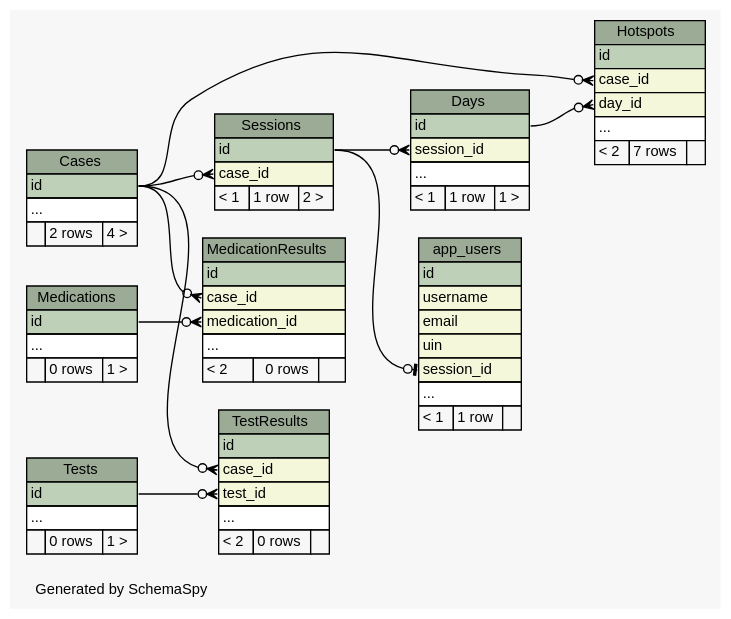
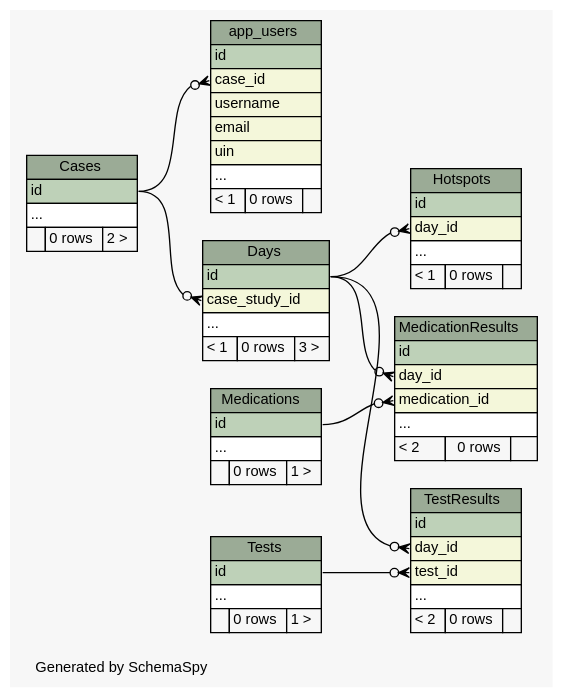
One commit to carrel2/CaseStudies changed the diagram in web/files/schema/diagrams/summary/relationships.real.compact.dot. Above: the diagram before and after it, drawn with Graphviz. The commit also changed 88 other files, not shown here.

```diff
--- a/web/files/schema/diagrams/summary/relationships.real.compact.dot
+++ b/web/files/schema/diagrams/summary/relationships.real.compact.dot
@@ -1,141 +1,127 @@
-// dot 2.38.0 on Linux 4.4.0-59-generic
+// dot 2.38.0 on Linux 4.4.0-62-generic
 // SchemaSpy rev 590
 digraph "compactRelationshipsDiagram" {
   graph [
     rankdir="RL"
     bgcolor="#f7f7f7"
     label="\nGenerated by SchemaSpy"
     labeljust="l"
     nodesep="0.18"
     ranksep="0.46"
     fontname="Helvetica"
     fontsize="11"
   ];
   node [
     fontname="Helvetica"
     fontsize="11"
     shape="plaintext"
   ];
   edge [
     arrowsize="0.8"
   ];
   "app_users" [
     label=<
     <TABLE BORDER="0" CELLBORDER="1" CELLSPACING="0" BGCOLOR="#ffffff">
       <TR><TD COLSPAN="3" BGCOLOR="#9bab96" ALIGN="CENTER">app_users</TD></TR>
       <TR><TD PORT="id" COLSPAN="3" BGCOLOR="#bed1b8" ALIGN="LEFT">id</TD></TR>
+      <TR><TD PORT="case_id" COLSPAN="3" BGCOLOR="#f4f7da" ALIGN="LEFT">case_id</TD></TR>
       <TR><TD PORT="username" COLSPAN="3" BGCOLOR="#f4f7da" ALIGN="LEFT">username</TD></TR>
       <TR><TD PORT="email" COLSPAN="3" BGCOLOR="#f4f7da" ALIGN="LEFT">email</TD></TR>
       <TR><TD PORT="uin" COLSPAN="3" BGCOLOR="#f4f7da" ALIGN="LEFT">uin</TD></TR>
-      <TR><TD PORT="session_id" COLSPAN="3" BGCOLOR="#f4f7da" ALIGN="LEFT">session_id</TD></TR>
       <TR><TD PORT="elipses" COLSPAN="3" ALIGN="LEFT">...</TD></TR>
-      <TR><TD ALIGN="LEFT" BGCOLOR="#f7f7f7">&lt; 1</TD><TD ALIGN="RIGHT" BGCOLOR="#f7f7f7">1 row</TD><TD ALIGN="RIGHT" BGCOLOR="#f7f7f7">  </TD></TR>
+      <TR><TD ALIGN="LEFT" BGCOLOR="#f7f7f7">&lt; 1</TD><TD ALIGN="RIGHT" BGCOLOR="#f7f7f7">0 rows</TD><TD ALIGN="RIGHT" BGCOLOR="#f7f7f7">  </TD></TR>
     </TABLE>>
     URL="tables/app_users.html"
     tooltip="app_users"
   ];
   "Cases" [
     label=<
     <TABLE BORDER="0" CELLBORDER="1" CELLSPACING="0" BGCOLOR="#ffffff">
       <TR><TD COLSPAN="3" BGCOLOR="#9bab96" ALIGN="CENTER">Cases</TD></TR>
       <TR><TD PORT="id" COLSPAN="3" BGCOLOR="#bed1b8" ALIGN="LEFT">id</TD></TR>
       <TR><TD PORT="elipses" COLSPAN="3" ALIGN="LEFT">...</TD></TR>
-      <TR><TD ALIGN="LEFT" BGCOLOR="#f7f7f7">  </TD><TD ALIGN="RIGHT" BGCOLOR="#f7f7f7">2 rows</TD><TD ALIGN="RIGHT" BGCOLOR="#f7f7f7">4 &gt;</TD></TR>
+      <TR><TD ALIGN="LEFT" BGCOLOR="#f7f7f7">  </TD><TD ALIGN="RIGHT" BGCOLOR="#f7f7f7">0 rows</TD><TD ALIGN="RIGHT" BGCOLOR="#f7f7f7">2 &gt;</TD></TR>
     </TABLE>>
     URL="tables/Cases.html"
     tooltip="Cases"
   ];
   "Days" [
     label=<
     <TABLE BORDER="0" CELLBORDER="1" CELLSPACING="0" BGCOLOR="#ffffff">
       <TR><TD COLSPAN="3" BGCOLOR="#9bab96" ALIGN="CENTER">Days</TD></TR>
       <TR><TD PORT="id" COLSPAN="3" BGCOLOR="#bed1b8" ALIGN="LEFT">id</TD></TR>
-      <TR><TD PORT="session_id" COLSPAN="3" BGCOLOR="#f4f7da" ALIGN="LEFT">session_id</TD></TR>
+      <TR><TD PORT="case_study_id" COLSPAN="3" BGCOLOR="#f4f7da" ALIGN="LEFT">case_study_id</TD></TR>
       <TR><TD PORT="elipses" COLSPAN="3" ALIGN="LEFT">...</TD></TR>
-      <TR><TD ALIGN="LEFT" BGCOLOR="#f7f7f7">&lt; 1</TD><TD ALIGN="RIGHT" BGCOLOR="#f7f7f7">1 row</TD><TD ALIGN="RIGHT" BGCOLOR="#f7f7f7">1 &gt;</TD></TR>
+      <TR><TD ALIGN="LEFT" BGCOLOR="#f7f7f7">&lt; 1</TD><TD ALIGN="RIGHT" BGCOLOR="#f7f7f7">0 rows</TD><TD ALIGN="RIGHT" BGCOLOR="#f7f7f7">3 &gt;</TD></TR>
     </TABLE>>
     URL="tables/Days.html"
     tooltip="Days"
   ];
   "Hotspots" [
     label=<
     <TABLE BORDER="0" CELLBORDER="1" CELLSPACING="0" BGCOLOR="#ffffff">
       <TR><TD COLSPAN="3" BGCOLOR="#9bab96" ALIGN="CENTER">Hotspots</TD></TR>
       <TR><TD PORT="id" COLSPAN="3" BGCOLOR="#bed1b8" ALIGN="LEFT">id</TD></TR>
-      <TR><TD PORT="case_id" COLSPAN="3" BGCOLOR="#f4f7da" ALIGN="LEFT">case_id</TD></TR>
       <TR><TD PORT="day_id" COLSPAN="3" BGCOLOR="#f4f7da" ALIGN="LEFT">day_id</TD></TR>
       <TR><TD PORT="elipses" COLSPAN="3" ALIGN="LEFT">...</TD></TR>
-      <TR><TD ALIGN="LEFT" BGCOLOR="#f7f7f7">&lt; 2</TD><TD ALIGN="RIGHT" BGCOLOR="#f7f7f7">7 rows</TD><TD ALIGN="RIGHT" BGCOLOR="#f7f7f7">  </TD></TR>
+      <TR><TD ALIGN="LEFT" BGCOLOR="#f7f7f7">&lt; 1</TD><TD ALIGN="RIGHT" BGCOLOR="#f7f7f7">0 rows</TD><TD ALIGN="RIGHT" BGCOLOR="#f7f7f7">  </TD></TR>
     </TABLE>>
     URL="tables/Hotspots.html"
     tooltip="Hotspots"
   ];
   "MedicationResults" [
     label=<
     <TABLE BORDER="0" CELLBORDER="1" CELLSPACING="0" BGCOLOR="#ffffff">
       <TR><TD COLSPAN="3" BGCOLOR="#9bab96" ALIGN="CENTER">MedicationResults</TD></TR>
       <TR><TD PORT="id" COLSPAN="3" BGCOLOR="#bed1b8" ALIGN="LEFT">id</TD></TR>
-      <TR><TD PORT="case_id" COLSPAN="3" BGCOLOR="#f4f7da" ALIGN="LEFT">case_id</TD></TR>
+      <TR><TD PORT="day_id" COLSPAN="3" BGCOLOR="#f4f7da" ALIGN="LEFT">day_id</TD></TR>
       <TR><TD PORT="medication_id" COLSPAN="3" BGCOLOR="#f4f7da" ALIGN="LEFT">medication_id</TD></TR>
       <TR><TD PORT="elipses" COLSPAN="3" ALIGN="LEFT">...</TD></TR>
       <TR><TD ALIGN="LEFT" BGCOLOR="#f7f7f7">&lt; 2</TD><TD ALIGN="RIGHT" BGCOLOR="#f7f7f7">0 rows</TD><TD ALIGN="RIGHT" BGCOLOR="#f7f7f7">  </TD></TR>
     </TABLE>>
     URL="tables/MedicationResults.html"
     tooltip="MedicationResults"
   ];
   "Medications" [
     label=<
     <TABLE BORDER="0" CELLBORDER="1" CELLSPACING="0" BGCOLOR="#ffffff">
       <TR><TD COLSPAN="3" BGCOLOR="#9bab96" ALIGN="CENTER">Medications</TD></TR>
       <TR><TD PORT="id" COLSPAN="3" BGCOLOR="#bed1b8" ALIGN="LEFT">id</TD></TR>
       <TR><TD PORT="elipses" COLSPAN="3" ALIGN="LEFT">...</TD></TR>
       <TR><TD ALIGN="LEFT" BGCOLOR="#f7f7f7">  </TD><TD ALIGN="RIGHT" BGCOLOR="#f7f7f7">0 rows</TD><TD ALIGN="RIGHT" BGCOLOR="#f7f7f7">1 &gt;</TD></TR>
     </TABLE>>
     URL="tables/Medications.html"
     tooltip="Medications"
   ];
-  "Sessions" [
-    label=<
-    <TABLE BORDER="0" CELLBORDER="1" CELLSPACING="0" BGCOLOR="#ffffff">
-      <TR><TD COLSPAN="3" BGCOLOR="#9bab96" ALIGN="CENTER">Sessions</TD></TR>
-      <TR><TD PORT="id" COLSPAN="3" BGCOLOR="#bed1b8" ALIGN="LEFT">id</TD></TR>
-      <TR><TD PORT="case_id" COLSPAN="3" BGCOLOR="#f4f7da" ALIGN="LEFT">case_id</TD></TR>
-      <TR><TD ALIGN="LEFT" BGCOLOR="#f7f7f7">&lt; 1</TD><TD ALIGN="RIGHT" BGCOLOR="#f7f7f7">1 row</TD><TD ALIGN="RIGHT" BGCOLOR="#f7f7f7">2 &gt;</TD></TR>
-    </TABLE>>
-    URL="tables/Sessions.html"
-    tooltip="Sessions"
-  ];
   "TestResults" [
     label=<
     <TABLE BORDER="0" CELLBORDER="1" CELLSPACING="0" BGCOLOR="#ffffff">
       <TR><TD COLSPAN="3" BGCOLOR="#9bab96" ALIGN="CENTER">TestResults</TD></TR>
       <TR><TD PORT="id" COLSPAN="3" BGCOLOR="#bed1b8" ALIGN="LEFT">id</TD></TR>
-      <TR><TD PORT="case_id" COLSPAN="3" BGCOLOR="#f4f7da" ALIGN="LEFT">case_id</TD></TR>
+      <TR><TD PORT="day_id" COLSPAN="3" BGCOLOR="#f4f7da" ALIGN="LEFT">day_id</TD></TR>
       <TR><TD PORT="test_id" COLSPAN="3" BGCOLOR="#f4f7da" ALIGN="LEFT">test_id</TD></TR>
       <TR><TD PORT="elipses" COLSPAN="3" ALIGN="LEFT">...</TD></TR>
       <TR><TD ALIGN="LEFT" BGCOLOR="#f7f7f7">&lt; 2</TD><TD ALIGN="RIGHT" BGCOLOR="#f7f7f7">0 rows</TD><TD ALIGN="RIGHT" BGCOLOR="#f7f7f7">  </TD></TR>
     </TABLE>>
     URL="tables/TestResults.html"
     tooltip="TestResults"
   ];
   "Tests" [
     label=<
     <TABLE BORDER="0" CELLBORDER="1" CELLSPACING="0" BGCOLOR="#ffffff">
       <TR><TD COLSPAN="3" BGCOLOR="#9bab96" ALIGN="CENTER">Tests</TD></TR>
       <TR><TD PORT="id" COLSPAN="3" BGCOLOR="#bed1b8" ALIGN="LEFT">id</TD></TR>
       <TR><TD PORT="elipses" COLSPAN="3" ALIGN="LEFT">...</TD></TR>
       <TR><TD ALIGN="LEFT" BGCOLOR="#f7f7f7">  </TD><TD ALIGN="RIGHT" BGCOLOR="#f7f7f7">0 rows</TD><TD ALIGN="RIGHT" BGCOLOR="#f7f7f7">1 &gt;</TD></TR>
     </TABLE>>
     URL="tables/Tests.html"
     tooltip="Tests"
   ];
-  "app_users":"session_id":w -> "Sessions":"id":e [arrowhead=none dir=back arrowtail=teeodot];
-  "Days":"session_id":w -> "Sessions":"id":e [arrowhead=none dir=back arrowtail=crowodot];
-  "Hotspots":"case_id":w -> "Cases":"id":e [arrowhead=none dir=back arrowtail=crowodot];
+  "app_users":"case_id":w -> "Cases":"id":e [arrowhead=none dir=back arrowtail=crowodot];
+  "Days":"case_study_id":w -> "Cases":"id":e [arrowhead=none dir=back arrowtail=crowodot];
   "Hotspots":"day_id":w -> "Days":"id":e [arrowhead=none dir=back arrowtail=crowodot];
-  "MedicationResults":"case_id":w -> "Cases":"id":e [arrowhead=none dir=back arrowtail=crowodot];
+  "MedicationResults":"day_id":w -> "Days":"id":e [arrowhead=none dir=back arrowtail=crowodot];
   "MedicationResults":"medication_id":w -> "Medications":"id":e [arrowhead=none dir=back arrowtail=crowodot];
-  "Sessions":"case_id":w -> "Cases":"id":e [arrowhead=none dir=back arrowtail=crowodot];
-  "TestResults":"case_id":w -> "Cases":"id":e [arrowhead=none dir=back arrowtail=crowodot];
+  "TestResults":"day_id":w -> "Days":"id":e [arrowhead=none dir=back arrowtail=crowodot];
   "TestResults":"test_id":w -> "Tests":"id":e [arrowhead=none dir=back arrowtail=crowodot];
 }
```
